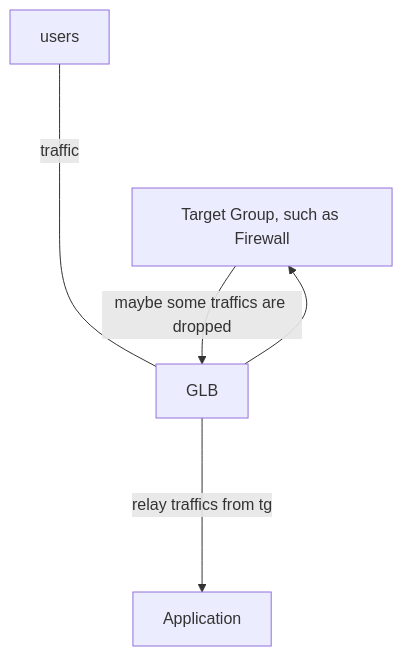
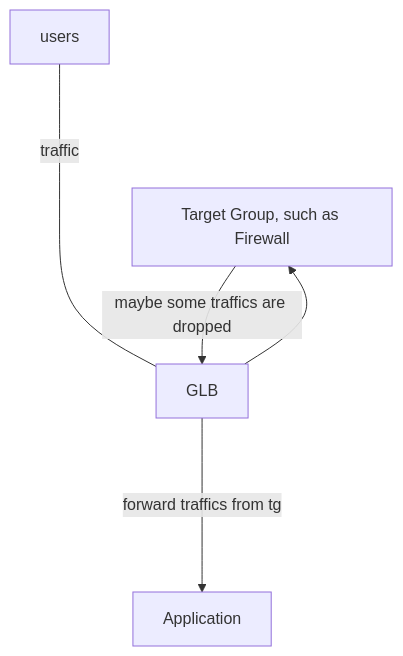
The fifth of 5 diagrams in week2/gwonhong/section7/README.md (skku-comit/2024-1-AWS-developer-associate), drawn with Mermaid before and after one commit. The commit also changed other lines of this file, not shown here.

Commit message:
gwonhong: section7 GLB details

````diff
--- a/week2/gwonhong/section7/README.md
+++ b/week2/gwonhong/section7/README.md
@@ -182,8 +182,8 @@
 ```mermaid
 flowchart TB
   tg[Target Group, such as Firewall]
   users -----|traffic| GLB
   GLB --> tg
   tg -->|maybe some traffics are dropped| GLB
-  GLB ---->|relay traffics from tg| Application
+  GLB ---->|forward traffics from tg| Application
 ```
````
